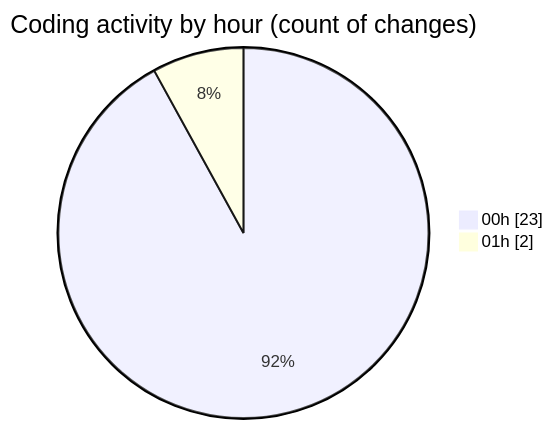
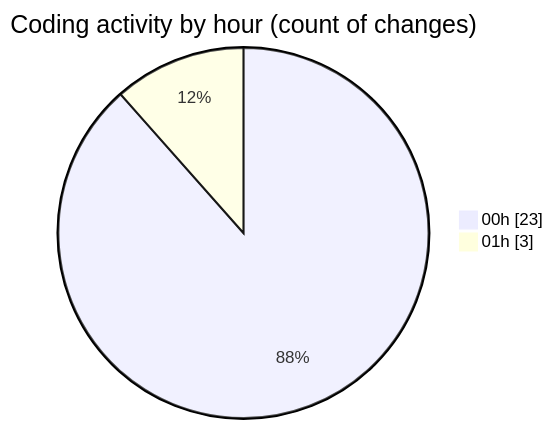
The second of 2 diagrams in 2025-10-20/weather_insights_app/README.md (donsfak/code-tracking), drawn with Mermaid before and after one commit. The commit also changed other lines of this file and 1 other file, not shown here.

````diff
--- a/2025-10-20/weather_insights_app/README.md
+++ b/2025-10-20/weather_insights_app/README.md
@@ -37,6 +37,6 @@
 ```mermaid
 pie showData
 title Coding activity by hour (count of changes)
 "00h" : 23
-"01h" : 2
+"01h" : 3
 ```
````
